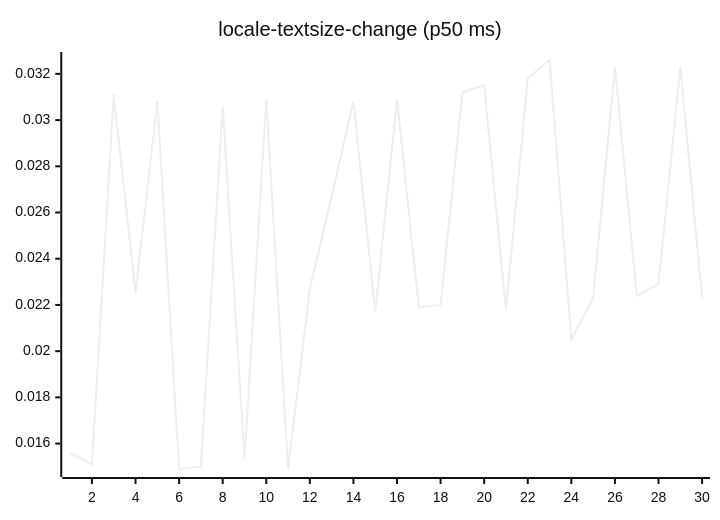
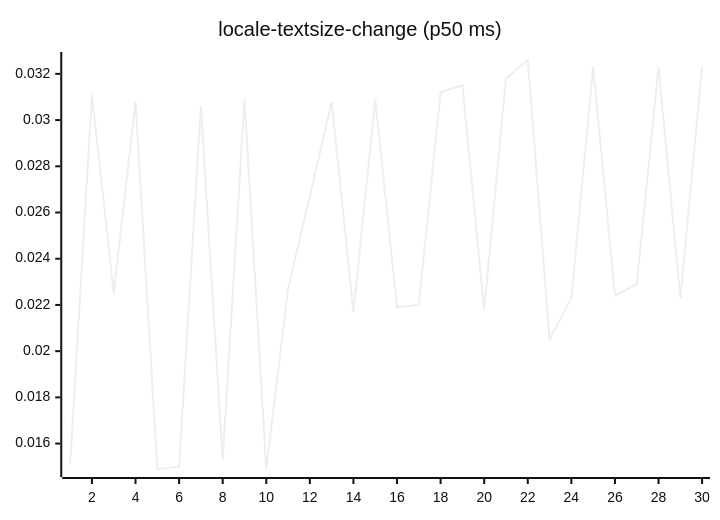
Before and after one commit to josha/Facet: diagram 13 of 27 in README.md, drawn with Mermaid (neutral theme). The commit also changed other lines of this file and 2 other files, not shown here.

````diff
--- a/README.md
+++ b/README.md
@@ -147,6 +147,6 @@
 ```mermaid
 xychart-beta
     title "locale-textsize-change (p50 ms)"
     x-axis 1 --> 30
-    line [0.0156, 0.0151, 0.0311, 0.0225, 0.0308, 0.0149, 0.0150, 0.0306, 0.0153, 0.0309, 0.0149, 0.0227, 0.0267, 0.0308, 0.0217, 0.0309, 0.0219, 0.0220, 0.0312, 0.0315, 0.0218, 0.0318, 0.0326, 0.0205, 0.0223, 0.0323, 0.0224, 0.0229, 0.0323, 0.0223]
+    line [0.0151, 0.0311, 0.0225, 0.0308, 0.0149, 0.0150, 0.0306, 0.0153, 0.0309, 0.0149, 0.0227, 0.0267, 0.0308, 0.0217, 0.0309, 0.0219, 0.0220, 0.0312, 0.0315, 0.0218, 0.0318, 0.0326, 0.0205, 0.0223, 0.0323, 0.0224, 0.0229, 0.0323, 0.0223, 0.0323]
 ```
````
